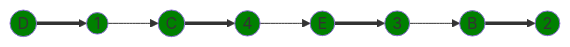
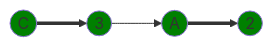
One commit to algos-ris-24-3/manual-tasks changed the sixth of 6 diagrams in Задание 8/girls.md. Above: the diagram before and after it, drawn with Mermaid. The commit also changed other lines of this file, not shown here.

````diff
--- a/Задание 8/girls.md
+++ b/Задание 8/girls.md
@@ -180,22 +195,14 @@
 ```mermaid
 graph LR
-    E((E))
-    B((B))
-    C((C))
-    D((D))
-    1((1))
+    B((A))
+    E((C))
     2((2))
     3((3))
-    4((4))
 
-    D ==> 1 --> C ==> 4 --> E ==> 3 --> B ==> 2
+    E ==> 3 --> B ==> 2
     
+    style B fill:#008000
     style E fill:#008000
-    style B fill:#008000
-    style C fill:#008000
-    style D fill:#008000
-    style 4 fill:#008000
-    style 1 fill:#008000
     style 2 fill:#008000
     style 3 fill:#008000
 ```
````
